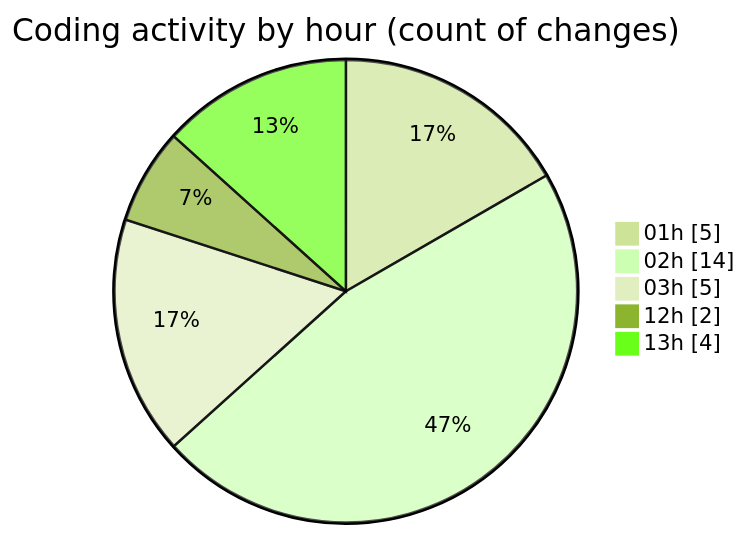
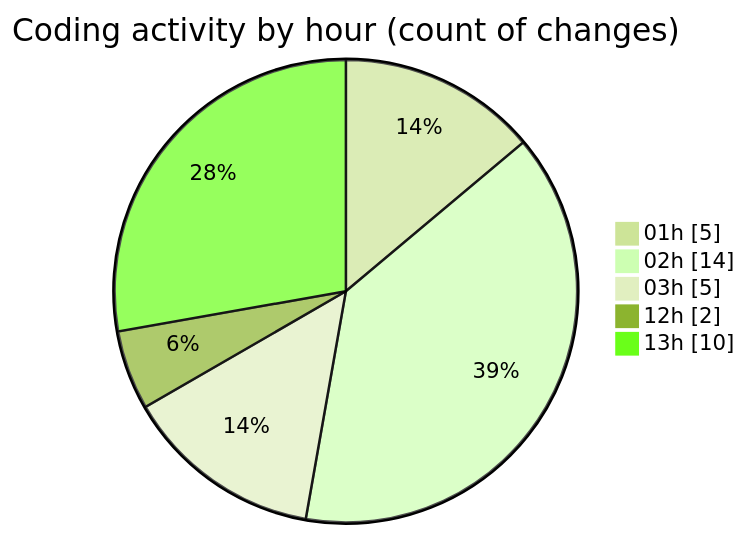
Before and after one commit to julien-gomy/code-tracking: the second of 2 diagrams in 2025-10-23/eventscop-frontend-guide__workspace_/README.md, drawn with Mermaid (forest theme). The commit also changed other lines of this file and 1 other file, not shown here.

````diff
--- a/2025-10-23/eventscop-frontend-guide__workspace_/README.md
+++ b/2025-10-23/eventscop-frontend-guide__workspace_/README.md
@@ -40,9 +40,9 @@
 ```mermaid
 pie showData
 title Coding activity by hour (count of changes)
 "01h" : 5
 "02h" : 14
 "03h" : 5
 "12h" : 2
-"13h" : 4
+"13h" : 10
 ```
````
